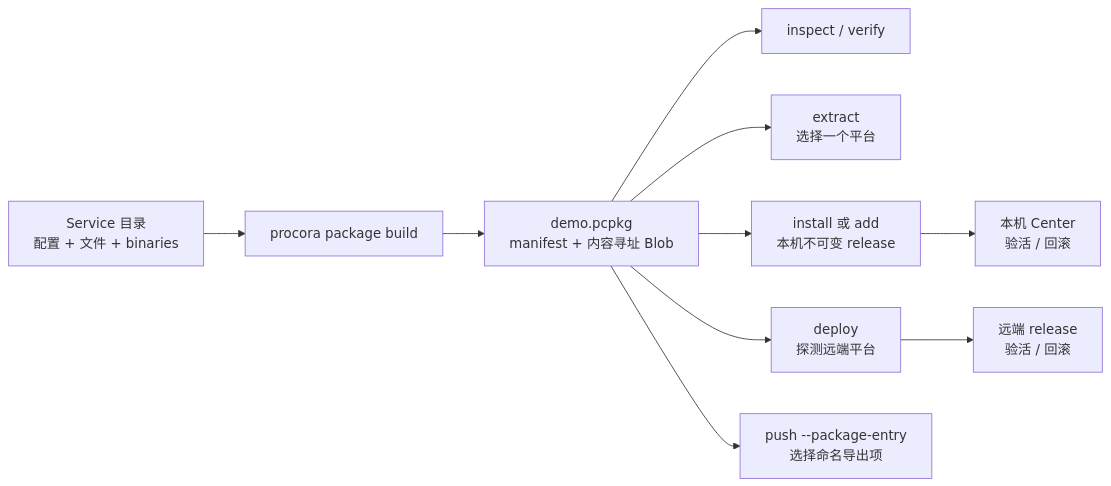
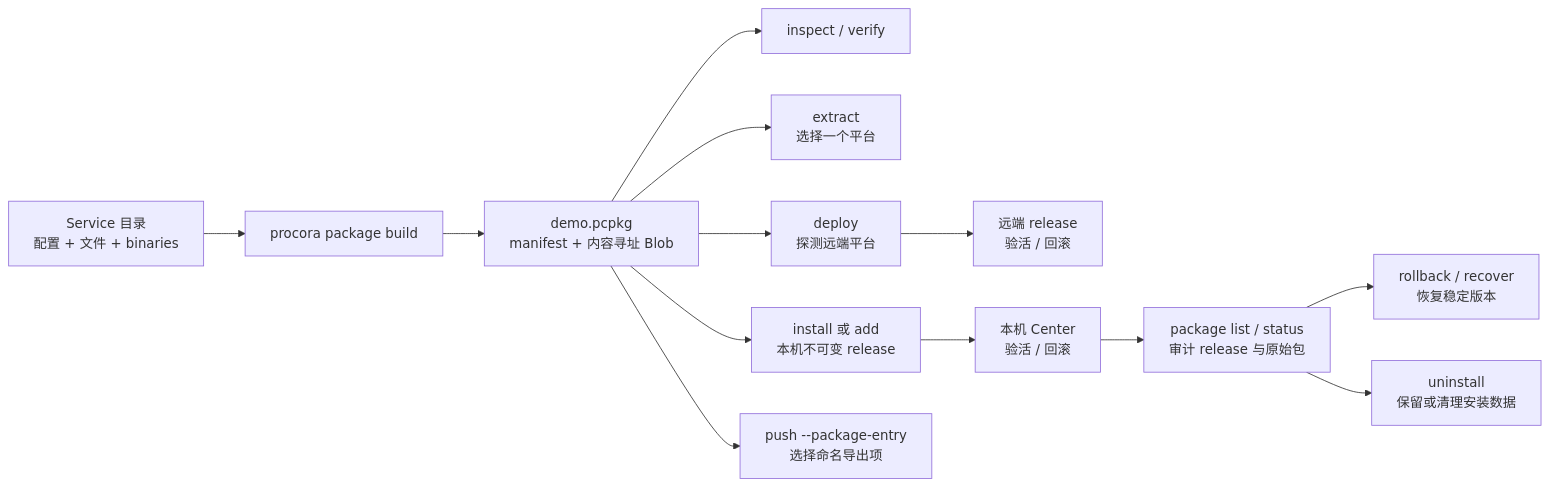
Before and after one commit to laull9/procora: the diagram in docs/packages.md, drawn with Mermaid. The commit also changed other lines of this file and 23 other files, not shown here.

````diff
--- a/docs/packages.md
+++ b/docs/packages.md
@@ -7,12 +7,15 @@
 ```mermaid
 flowchart LR
     A[Service 目录<br/>配置 + 文件 + binaries] --> B[procora package build]
     B --> C[demo.pcpkg<br/>manifest + 内容寻址 Blob]
     C --> D[inspect / verify]
     C --> E[extract<br/>选择一个平台]
     C --> F[install 或 add<br/>本机不可变 release]
     C --> G[deploy<br/>探测远端平台]
     C --> H[push --package-entry<br/>选择命名导出项]
     G --> I[远端 release<br/>验活 / 回滚]
     F --> J[本机 Center<br/>验活 / 回滚]
+    J --> K[package list / status<br/>审计 release 与原始包]
+    K --> L[rollback / recover<br/>恢复稳定版本]
+    K --> M[uninstall<br/>保留或清理安装数据]
 ```
````
